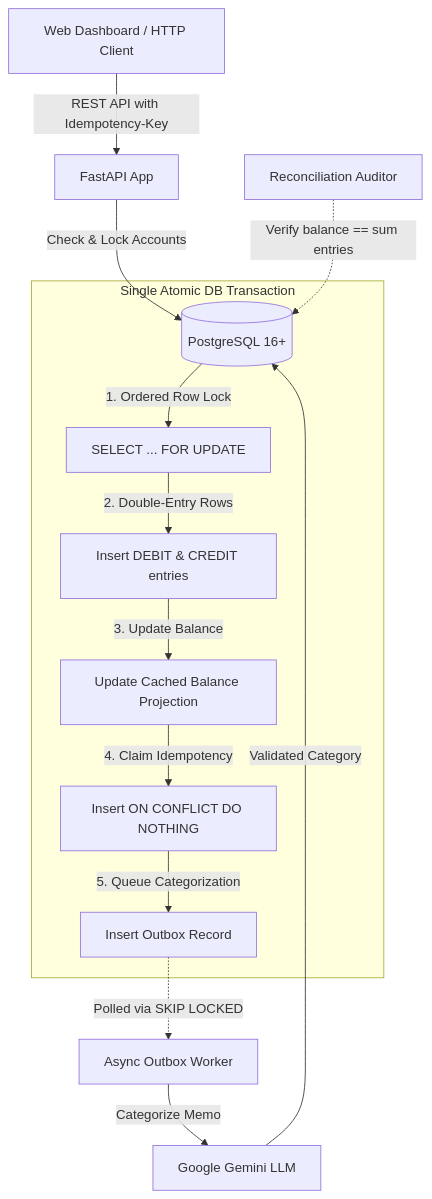
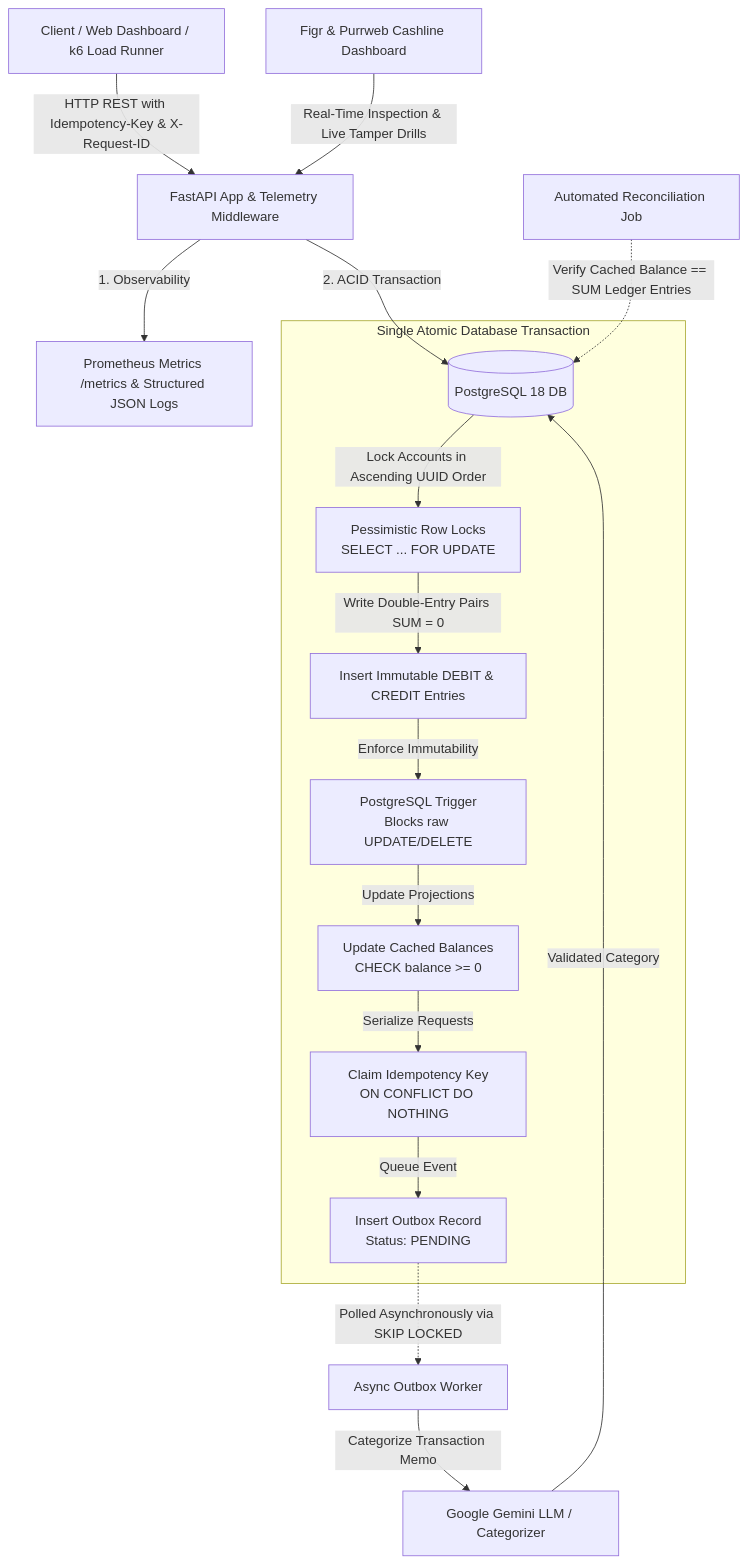
The diagram in README.md (ParjanyaReddy/payment-ledger), drawn with Mermaid before and after one commit. The commit also changed other lines of this file and 6 other files, not shown here.

First line of the commit message:
add request id tracing, prometheus metrics, and walkthrough docs

````diff
--- a/README.md
+++ b/README.md
@@ -9,19 +14,23 @@
 ```mermaid
 graph TD
-    Client[Web Dashboard / HTTP Client] -->|REST API with Idempotency-Key| FastAPI[FastAPI App]
-    FastAPI -->|Check & Lock Accounts| DB[(PostgreSQL 16+)]
+    Client[Client / Web Dashboard / k6 Load Runner] -->|HTTP REST with Idempotency-Key & X-Request-ID| API[FastAPI App & Telemetry Middleware]
     
-    subgraph "Single Atomic DB Transaction"
-        DB -->|1. Ordered Row Lock| Locks[SELECT ... FOR UPDATE]
-        Locks -->|2. Double-Entry Rows| Entries[Insert DEBIT & CREDIT entries]
-        Entries -->|3. Update Balance| Balances[Update Cached Balance Projection]
-        Balances -->|4. Claim Idempotency| Idem[Insert ON CONFLICT DO NOTHING]
-        Idem -->|5. Queue Categorization| Outbox[Insert Outbox Record]
+    API -->|1. Observability| Metrics[Prometheus Metrics /metrics & Structured JSON Logs]
+    API -->|2. ACID Transaction| DB[(PostgreSQL 18 DB)]
+
+    subgraph "Single Atomic Database Transaction"
+        DB -->|Lock Accounts in Ascending UUID Order| Locks[Pessimistic Row Locks<br/>SELECT ... FOR UPDATE]
+        Locks -->|Write Double-Entry Pairs SUM = 0| Entries[Insert Immutable DEBIT & CREDIT Entries]
+        Entries -->|Enforce Immutability| Trigger[PostgreSQL Trigger<br/>Blocks raw UPDATE/DELETE]
+        Trigger -->|Update Projections| Balance[Update Cached Balances<br/>CHECK balance >= 0]
+        Balance -->|Serialize Requests| Idempotency[Claim Idempotency Key<br/>ON CONFLICT DO NOTHING]
+        Idempotency -->|Queue Event| Outbox[Insert Outbox Record<br/>Status: PENDING]
     end
-    
-    Outbox -.->|Polled via SKIP LOCKED| Worker[Async Outbox Worker]
-    Worker -->|Categorize Memo| LLM[Google Gemini LLM]
+
+    Outbox -.->|Polled Asynchronously via SKIP LOCKED| Worker[Async Outbox Worker]
+    Worker -->|Categorize Transaction Memo| LLM[Google Gemini LLM / Categorizer]
     LLM -->|Validated Category| DB
-    
-    Reconciliation[Reconciliation Auditor] -.->|Verify balance == sum entries| DB
+
+    Reconciliation[Automated Reconciliation Job] -.->|Verify Cached Balance == SUM Ledger Entries| DB
+    WebAuditor[Figr & Purrweb Cashline Dashboard] -->|Real-Time Inspection & Live Tamper Drills| API
 ```
````
